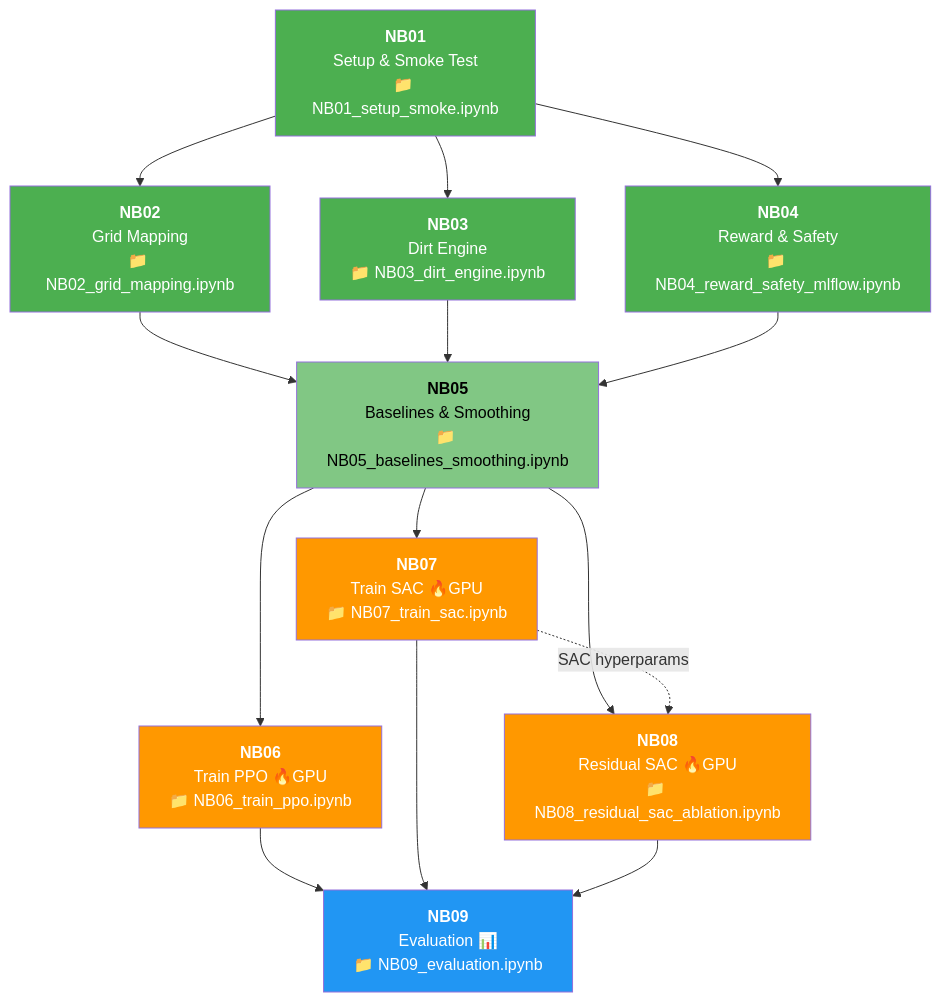
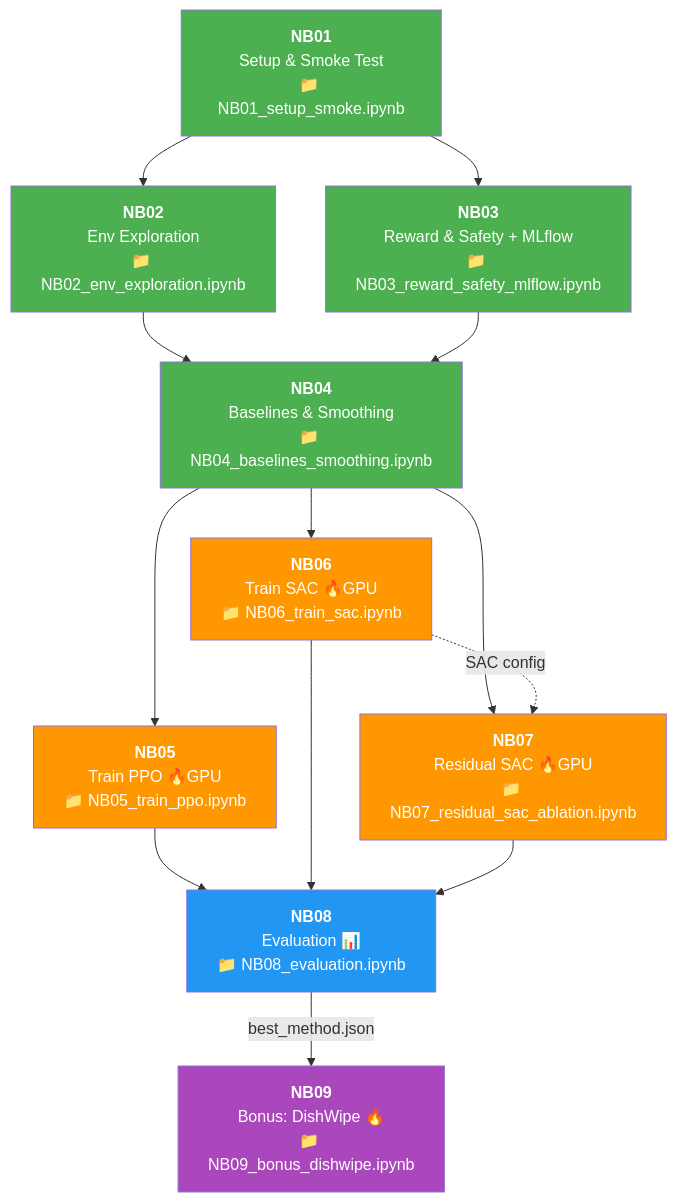
Before and after one commit to siriponsri/robotic-sim-dishwash: the diagram in docs/04_notebook_guide.md, drawn with Mermaid. The commit also changed other lines of this file and 68 other files, not shown here.

First line of the commit message:
refactor: Full-body G1 dual-task pipeline (Apple+DishWipe) for RTX 5090

````diff
--- a/docs/04_notebook_guide.md
+++ b/docs/04_notebook_guide.md
@@ -25,36 +25,35 @@
 ```mermaid
 graph TD
     NB01["<b>NB01</b><br/>Setup & Smoke Test<br/>📁 NB01_setup_smoke.ipynb"]
-    NB02["<b>NB02</b><br/>Grid Mapping<br/>📁 NB02_grid_mapping.ipynb"]
-    NB03["<b>NB03</b><br/>Dirt Engine<br/>📁 NB03_dirt_engine.ipynb"]
-    NB04["<b>NB04</b><br/>Reward & Safety<br/>📁 NB04_reward_safety_mlflow.ipynb"]
-    NB05["<b>NB05</b><br/>Baselines & Smoothing<br/>📁 NB05_baselines_smoothing.ipynb"]
-    NB06["<b>NB06</b><br/>Train PPO 🔥GPU<br/>📁 NB06_train_ppo.ipynb"]
-    NB07["<b>NB07</b><br/>Train SAC 🔥GPU<br/>📁 NB07_train_sac.ipynb"]
-    NB08["<b>NB08</b><br/>Residual SAC 🔥GPU<br/>📁 NB08_residual_sac_ablation.ipynb"]
-    NB09["<b>NB09</b><br/>Evaluation 📊<br/>📁 NB09_evaluation.ipynb"]
+    NB02["<b>NB02</b><br/>Env Exploration<br/>📁 NB02_env_exploration.ipynb"]
+    NB03["<b>NB03</b><br/>Reward & Safety + MLflow<br/>📁 NB03_reward_safety_mlflow.ipynb"]
+    NB04["<b>NB04</b><br/>Baselines & Smoothing<br/>📁 NB04_baselines_smoothing.ipynb"]
+    NB05["<b>NB05</b><br/>Train PPO 🔥GPU<br/>📁 NB05_train_ppo.ipynb"]
+    NB06["<b>NB06</b><br/>Train SAC 🔥GPU<br/>📁 NB06_train_sac.ipynb"]
+    NB07["<b>NB07</b><br/>Residual SAC 🔥GPU<br/>📁 NB07_residual_sac_ablation.ipynb"]
+    NB08["<b>NB08</b><br/>Evaluation 📊<br/>📁 NB08_evaluation.ipynb"]
+    NB09["<b>NB09</b><br/>Bonus: DishWipe 🔥<br/>📁 NB09_bonus_dishwipe.ipynb"]
 
     NB01 --> NB02
     NB01 --> NB03
-    NB01 --> NB04
-    NB02 --> NB05
-    NB03 --> NB05
+    NB02 --> NB04
+    NB03 --> NB04
     NB04 --> NB05
-    NB05 --> NB06
-    NB05 --> NB07
+    NB04 --> NB06
+    NB04 --> NB07
+    NB06 -.->|"SAC config"| NB07
     NB05 --> NB08
-    NB07 -.->|"SAC hyperparams"| NB08
-    NB06 --> NB09
-    NB07 --> NB09
-    NB08 --> NB09
+    NB06 --> NB08
+    NB07 --> NB08
+    NB08 -->|"best_method.json"| NB09
 
     style NB01 fill:#4CAF50,color:#fff
     style NB02 fill:#4CAF50,color:#fff
     style NB03 fill:#4CAF50,color:#fff
     style NB04 fill:#4CAF50,color:#fff
-    style NB05 fill:#81C784,color:#000
+    style NB05 fill:#FF9800,color:#fff
     style NB06 fill:#FF9800,color:#fff
     style NB07 fill:#FF9800,color:#fff
-    style NB08 fill:#FF9800,color:#fff
-    style NB09 fill:#2196F3,color:#fff
+    style NB08 fill:#2196F3,color:#fff
+    style NB09 fill:#AB47BC,color:#fff
 ```
````
